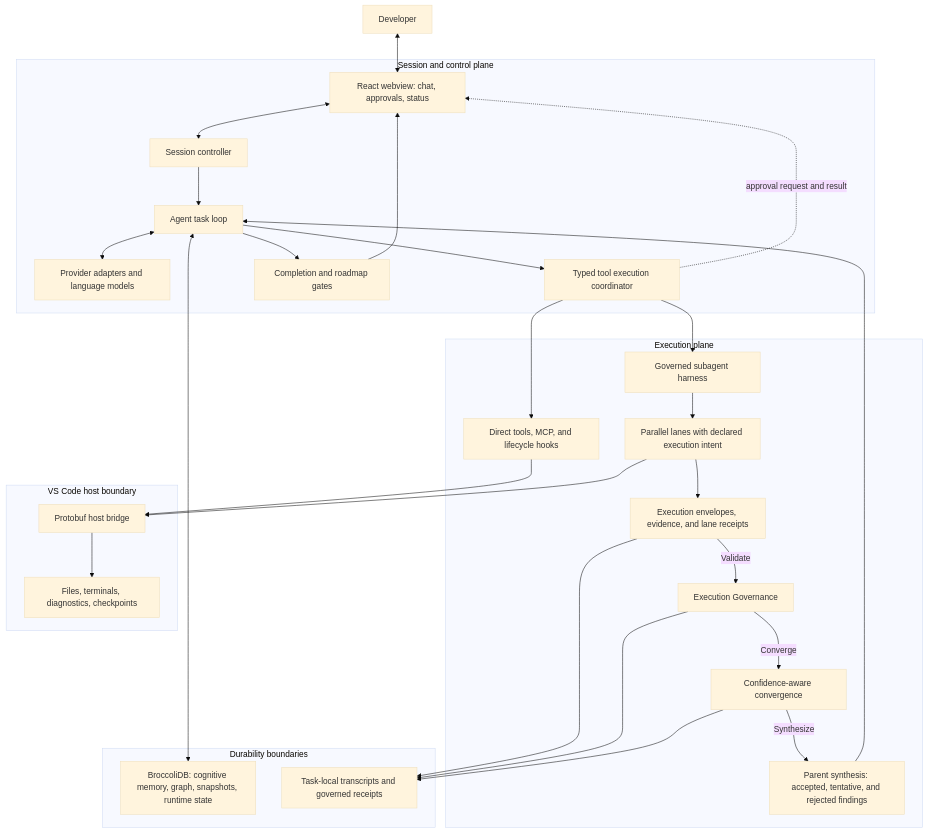
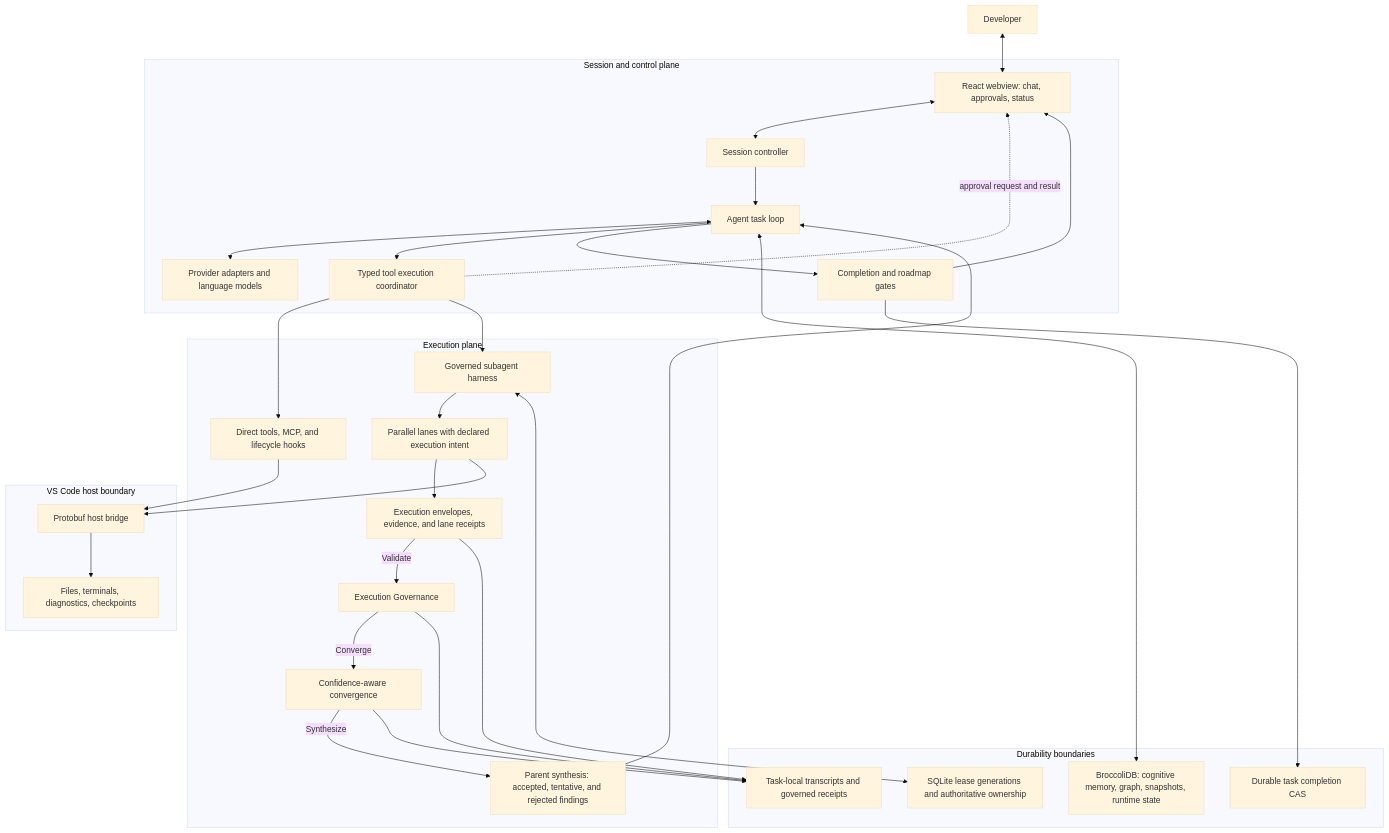
The third of 3 diagrams in README.md (CardSorting/LUMI), drawn with Mermaid (base theme) before and after one commit. The commit also changed other lines of this file and 63 other files, not shown here.

````diff
--- a/README.md
+++ b/README.md
@@ -423,39 +438,41 @@
 ```mermaid
 flowchart TB
   USER[Developer] <--> UI[React webview: chat, approvals, status]
 
   subgraph session ["Session and control plane"]
     UI <--> CTRL[Session controller]
     CTRL --> TASK[Agent task loop]
     TASK <--> MODEL[Provider adapters and language models]
     TASK --> TOOLS[Typed tool execution coordinator]
     TOOLS -. approval request and result .-> UI
     TASK --> COMPLETE[Completion and roadmap gates]
   end
 
   subgraph execution ["Execution plane"]
     TOOLS --> DIRECT[Direct tools, MCP, and lifecycle hooks]
     TOOLS --> SWARM[Governed subagent harness]
     SWARM --> LANES[Parallel lanes with declared execution intent]
     LANES --> EVIDENCE[Execution envelopes, evidence, and lane receipts]
     EVIDENCE -->|Validate| GOVERNANCE[Execution Governance]
     GOVERNANCE -->|Converge| CONVERGE[Confidence-aware convergence]
     CONVERGE -->|Synthesize| PARENT[Parent synthesis: accepted, tentative, and rejected findings]
     PARENT --> TASK
   end
 
   subgraph host ["VS Code host boundary"]
     DIRECT --> BRIDGE[Protobuf host bridge]
     LANES --> BRIDGE
     BRIDGE --> VSCODE[Files, terminals, diagnostics, checkpoints]
   end
 
   subgraph durability ["Durability boundaries"]
     TASK <--> BDB[BroccoliDB: cognitive memory, graph, snapshots, runtime state]
+    SWARM <--> LEASES[SQLite lease generations and authoritative ownership]
     EVIDENCE --> RECEIPTS[Task-local transcripts and governed receipts]
     GOVERNANCE --> RECEIPTS
     CONVERGE --> RECEIPTS
+    COMPLETE --> TERMINAL[Durable task completion CAS]
   end
 
   COMPLETE --> UI
 ```
````
